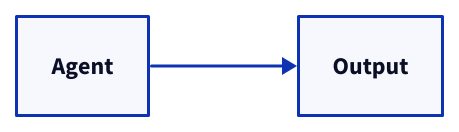
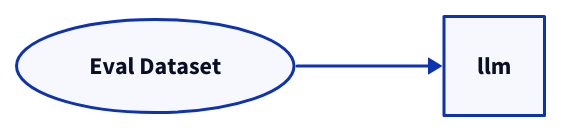
The diagram in docs/src/content/docs/examples/4_context_agent_evaluation.mdx (relari-ai/continuous-eval), drawn with D2 before and after one commit. The commit also changed other lines of this file and 9 other files, not shown here.

````diff
--- a/docs/src/content/docs/examples/4_context_agent_evaluation.mdx
+++ b/docs/src/content/docs/examples/4_context_agent_evaluation.mdx
@@ -9,4 +9,7 @@
 ```d2
 direction: right
-Agent -> Output
+Dataset: Eval Dataset
+Dataset.shape: oval
+direction: right
+Dataset -> llm
 ```
````
